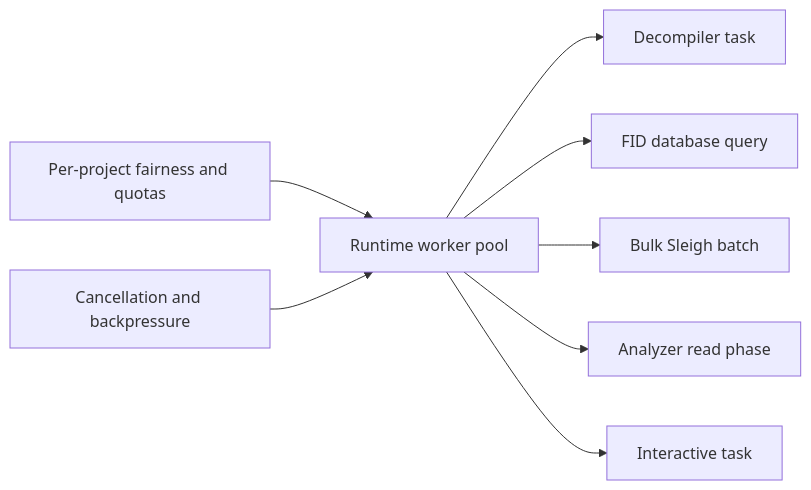
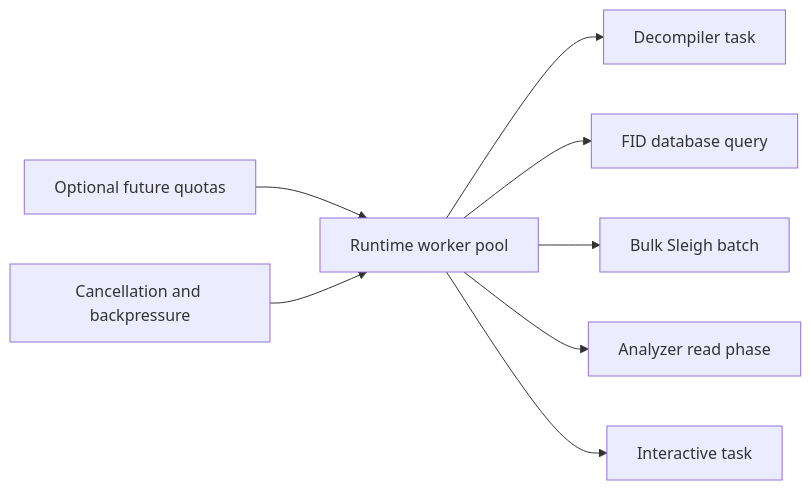
The second of 15 diagrams in NEW/ARCHITECTURE.md (Fleynaro/ghidra-cpp), drawn with Mermaid before and after one commit. The commit also changed other lines of this file, not shown here.

First line of the commit message:
docs(architecture): clarify PE loading and MVP composition boundaries

````diff
--- a/NEW/ARCHITECTURE.md
+++ b/NEW/ARCHITECTURE.md
@@ -757,11 +759,11 @@
 ```mermaid
 flowchart LR
     P[Runtime worker pool]
     P --> D1[Decompiler task]
     P --> F1[FID database query]
     P --> S1[Bulk Sleigh batch]
     P --> A1[Analyzer read phase]
     P --> U1[Interactive task]
-    Q[Per-project fairness and quotas] --> P
+    Q[Optional future quotas] --> P
     C[Cancellation and backpressure] --> P
 ```
````
